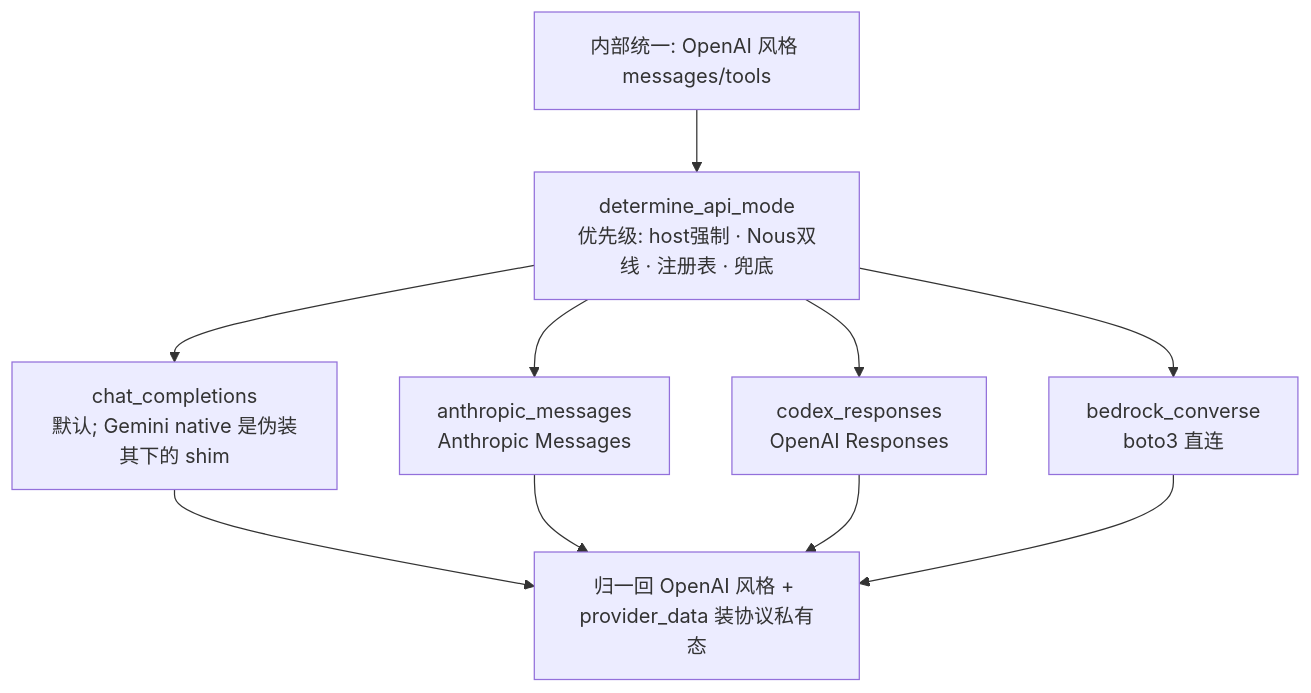
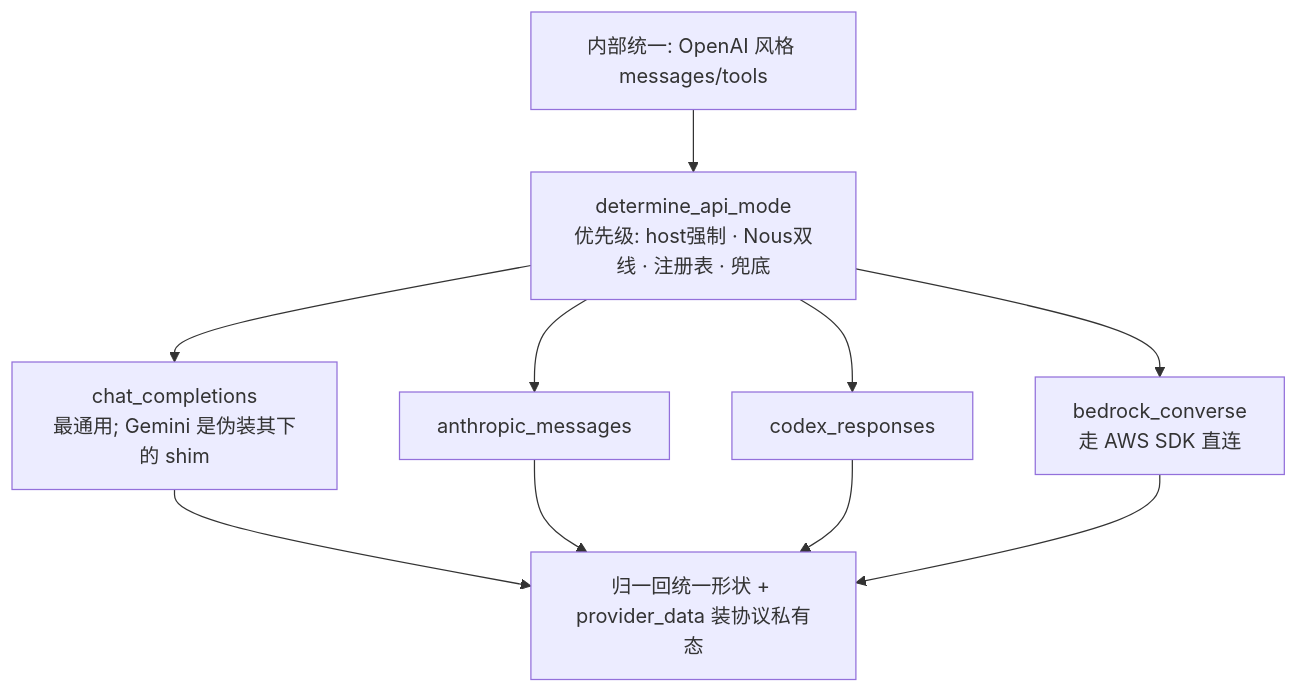
The third of 5 diagrams in chapters/r2-turn-loop-and-model-access.md (BillBeam/hermes-study), drawn with Mermaid before and after one commit. The commit also changed other lines of this file, not shown here.

````diff
--- a/chapters/r2-turn-loop-and-model-access.md
+++ b/chapters/r2-turn-loop-and-model-access.md
@@ -157,12 +211,12 @@
 ```mermaid
 flowchart TD
     M[内部统一: OpenAI 风格 messages/tools] --> DM[determine_api_mode<br/>优先级: host强制 · Nous双线 · 注册表 · 兜底]
-    DM --> CC[chat_completions<br/>默认; Gemini native 是伪装其下的 shim]
-    DM --> AM[anthropic_messages<br/>Anthropic Messages]
-    DM --> CR[codex_responses<br/>OpenAI Responses]
-    DM --> BC[bedrock_converse<br/>boto3 直连]
-    CC --> N[归一回 OpenAI 风格 + provider_data 装协议私有态]
+    DM --> CC[chat_completions<br/>最通用; Gemini 是伪装其下的 shim]
+    DM --> AM[anthropic_messages]
+    DM --> CR[codex_responses]
+    DM --> BC[bedrock_converse<br/>走 AWS SDK 直连]
+    CC --> N[归一回统一形状 + provider_data 装协议私有态]
     AM --> N
     CR --> N
     BC --> N
 ```
````
